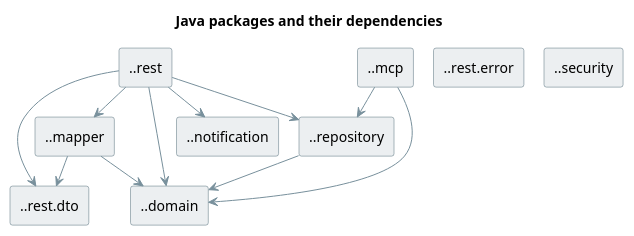
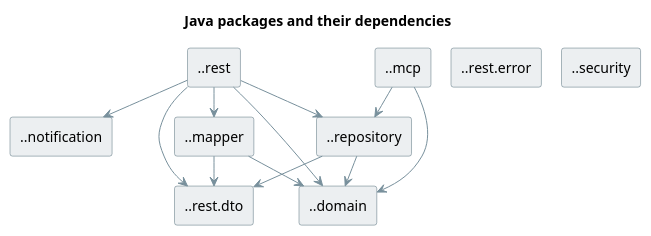
Before and after one commit to victorrentea/petclinic: the diagram in petclinic-backend/docs/packages.puml, drawn with PlantUML. The commit also changed 26 other files, not shown here.

```diff
--- a/petclinic-backend/docs/packages.puml
+++ b/petclinic-backend/docs/packages.puml
@@ -1,43 +1,44 @@
 @startuml
 
 title Java packages and their dependencies
 
 skinparam shadowing false
 skinparam componentStyle rectangle
 skinparam nodesep 20
 ' the box label is the package pattern itself, which ArchUnit reads from the stereotype;
 ' the stereotype is hidden so the pattern is not printed twice
 hide stereotype
 skinparam ranksep 30
 <style>
 component {
   BackGroundColor #ECEFF1
   LineColor #546E7A
 }
 arrow {
   LineColor #78909C
 }
 </style>
 
 [..rest] <<..rest>>
 [..mcp] <<..mcp>>
 [..rest.error] <<..rest.error>>
 [..security] <<..security>>
 [..mapper] <<..mapper>>
 [..repository] <<..repository>>
 [..notification] <<..notification>>
 [..rest.dto] <<..rest.dto>>
 [..domain] <<..domain>>
 
 [..repository] --> [..domain]
+[..repository] --> [..rest.dto]
 [..mapper] --> [..domain]
 [..mapper] --> [..rest.dto]
 [..rest] --> [..domain]
 [..rest] --> [..repository]
 [..rest] --> [..mapper]
 [..rest] --> [..rest.dto]
 [..rest] --> [..notification]
 [..mcp] --> [..domain]
 [..mcp] --> [..repository]
 
 @enduml
```
